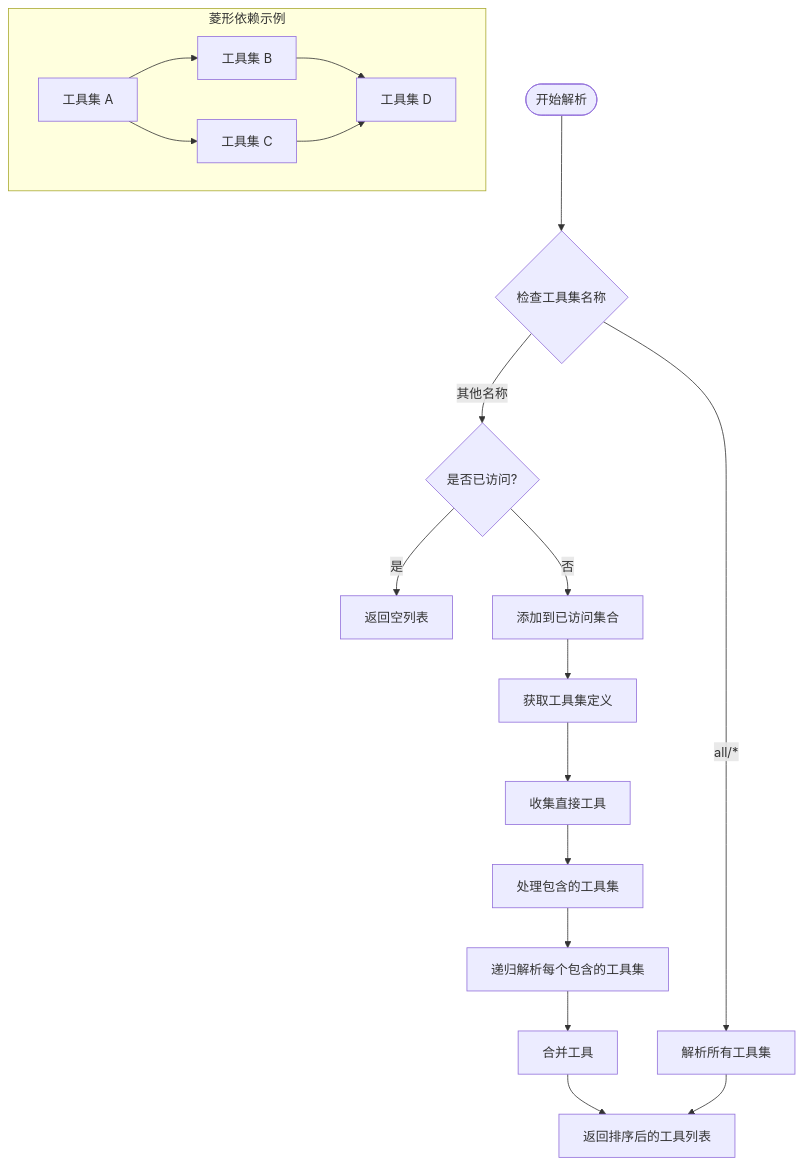
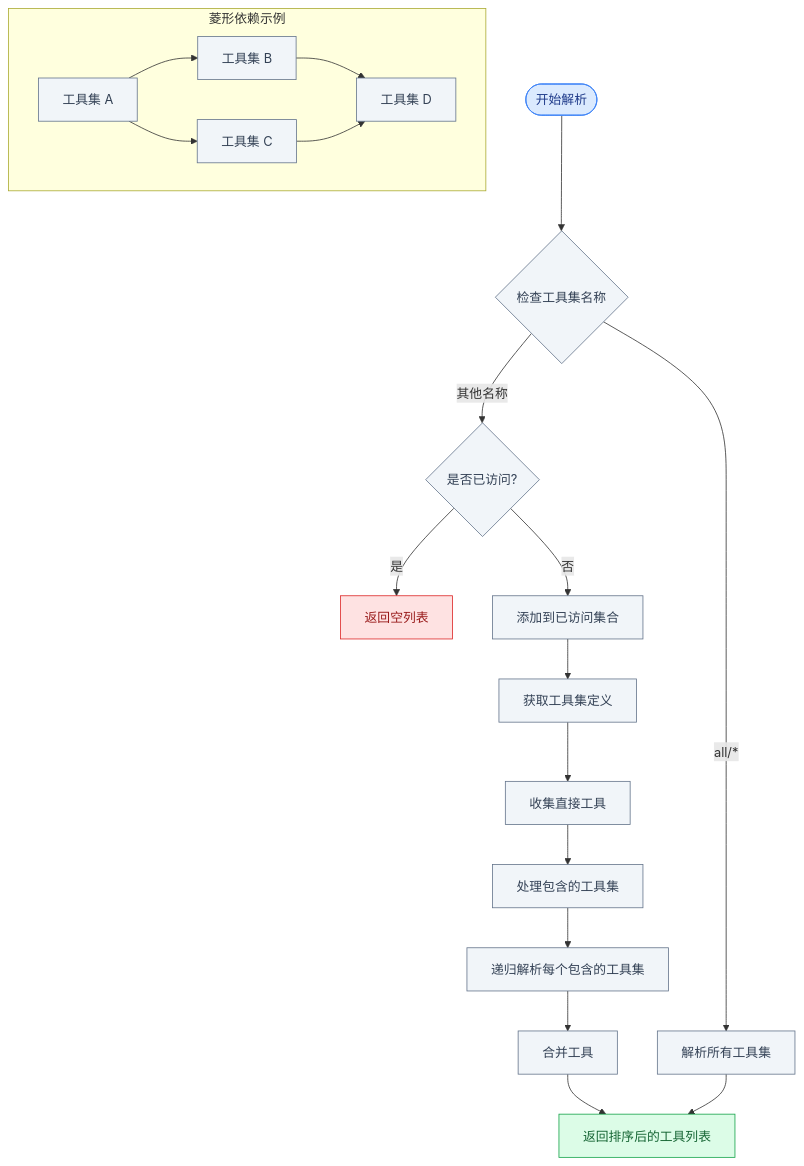
One commit to pty819/hermes-docs changed the second of 6 diagrams in chapters/tool-system.rst. Above: the diagram before and after it, drawn with Mermaid. The commit also changed other lines of this file and 27 other files, not shown here.

```diff
--- a/chapters/tool-system.rst
+++ b/chapters/tool-system.rst
@@ -577,27 +578,39 @@
 .. mermaid::
 
     flowchart TD
+        classDef start fill:#dbeafe,stroke:#3b82f6,color:#1e3a8a
+        classDef success fill:#dcfce7,stroke:#16a34a,color:#166534
+        classDef warn fill:#fef9c3,stroke:#ca8a04,color:#854d0e
+        classDef fail fill:#fee2e2,stroke:#dc2626,color:#991b1b
+        classDef info fill:#f1f5f9,stroke:#64748b,color:#334155
+
         Start([开始解析]) --> CheckName{检查工具集名称}
         CheckName -->|all/*| AllTools[解析所有工具集]
         CheckName -->|其他名称| CheckVisited{是否已访问?}
         CheckVisited -->|是| ReturnEmpty[返回空列表]
         CheckVisited -->|否| AddVisited[添加到已访问集合]
         AddVisited --> GetDef[获取工具集定义]
         GetDef --> CollectDirect[收集直接工具]
         CollectDirect --> ProcessIncludes[处理包含的工具集]
         ProcessIncludes --> Recurse[递归解析每个包含的工具集]
         Recurse --> Merge[合并工具]
         Merge --> ReturnResult[返回排序后的工具列表]
         AllTools --> ReturnResult
 
         subgraph 菱形依赖示例
             A[工具集 A]
             B[工具集 B]
             C[工具集 C]
             D[工具集 D]
 
             A --> B
             A --> C
             B --> D
             C --> D
         end
+
+        class Start start
+        class ReturnResult success
+        class ReturnEmpty fail
+        class CheckName,CheckVisited,AllTools,AddVisited,GetDef,CollectDirect,ProcessIncludes,Recurse,Merge info
+        class A,B,C,D info
```
